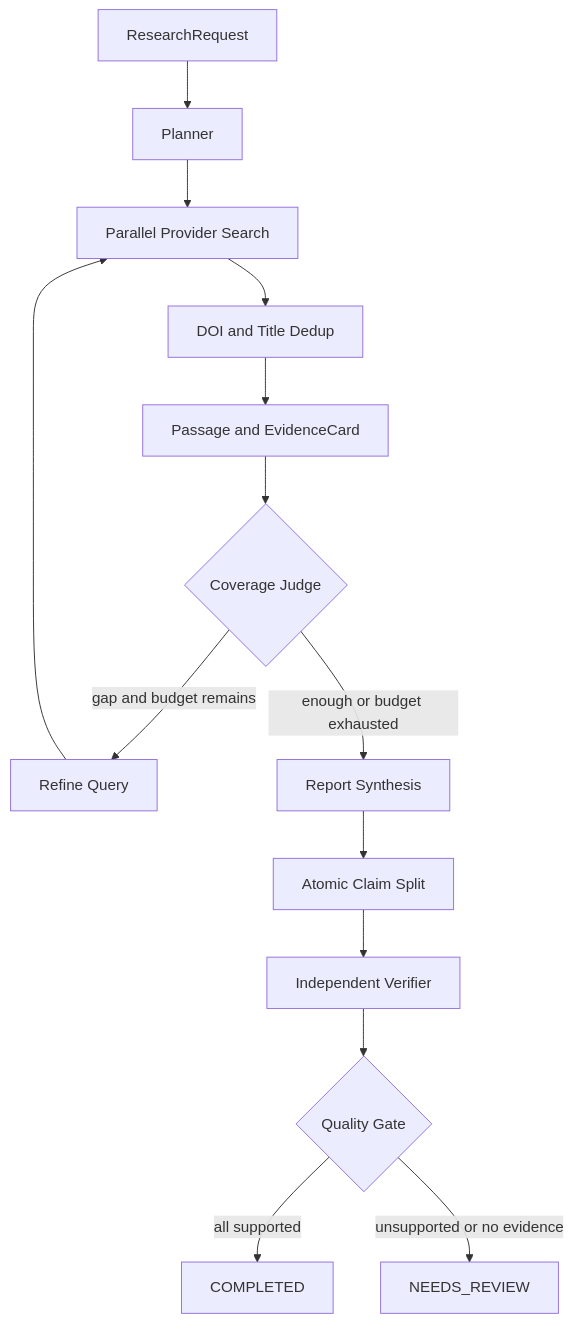
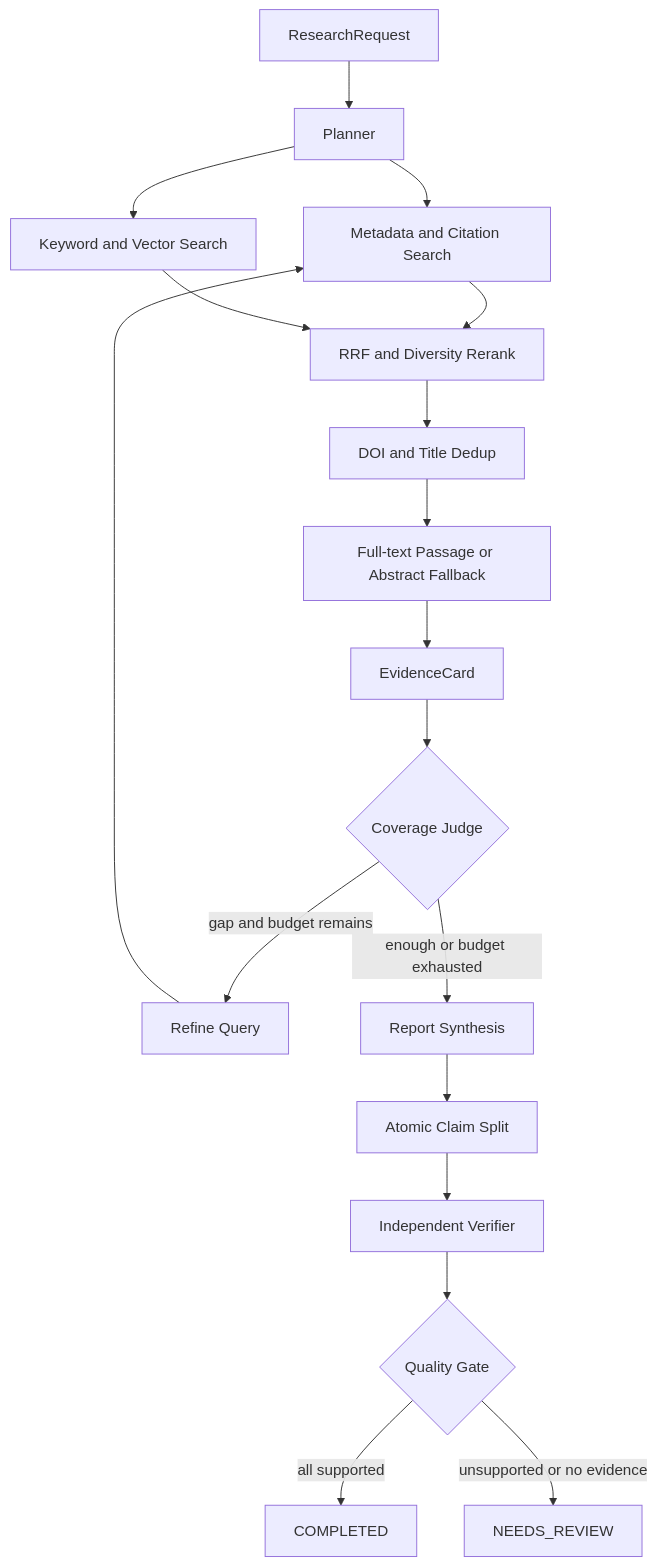
One commit to luxiaohongzb/research-agent-python-lab changed the diagram in docs/architecture.md. Above: the diagram before and after it, drawn with Mermaid. The commit also changed other lines of this file and 25 other files, not shown here.

Commit message:
feat: add full-text hybrid retrieval pipeline

````diff
--- a/docs/architecture.md
+++ b/docs/architecture.md
@@ -7,16 +7,20 @@
 ```mermaid
 flowchart TD
     A[ResearchRequest] --> B[Planner]
-    B --> C[Parallel Provider Search]
-    C --> D[DOI and Title Dedup]
-    D --> E[Passage and EvidenceCard]
-    E --> F{Coverage Judge}
+    B --> C[Metadata and Citation Search]
+    B --> D[Keyword and Vector Search]
+    C --> E[RRF and Diversity Rerank]
+    D --> E
+    E --> N[DOI and Title Dedup]
+    N --> O[Full-text Passage or Abstract Fallback]
+    O --> P[EvidenceCard]
+    P --> F{Coverage Judge}
     F -->|gap and budget remains| G[Refine Query]
     G --> C
     F -->|enough or budget exhausted| H[Report Synthesis]
     H --> I[Atomic Claim Split]
     I --> J[Independent Verifier]
     J --> K{Quality Gate}
     K -->|all supported| L[COMPLETED]
     K -->|unsupported or no evidence| M[NEEDS_REVIEW]
 ```
````
